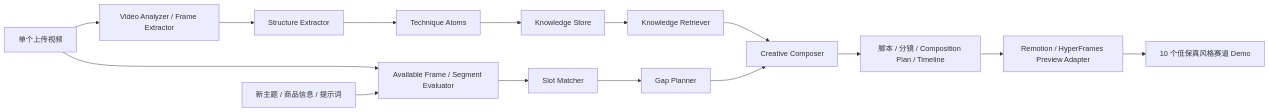
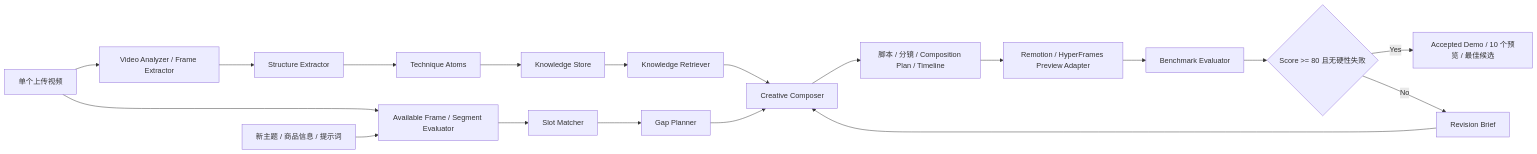
The diagram in docs/ARCHITECTURE.md (Explainfuture/byteProject), drawn with Mermaid before and after one commit. The commit also changed other lines of this file and 2 other files, not shown here.

Commit message:
Document viral quality benchmark

````diff
--- a/docs/ARCHITECTURE.md
+++ b/docs/ARCHITECTURE.md
@@ -5,17 +5,21 @@
 ```mermaid
 flowchart LR
   A[单个上传视频] --> B[Video Analyzer / Frame Extractor]
   B --> C[Structure Extractor]
   C --> D[Technique Atoms]
   D --> E[Knowledge Store]
   A --> G[Available Frame / Segment Evaluator]
   F[新主题 / 商品信息 / 提示词] --> G
   G --> H[Slot Matcher]
   E --> I[Knowledge Retriever]
   I --> J[Creative Composer]
   H --> K[Gap Planner]
   K --> J
   J --> L[脚本 / 分镜 / Composition Plan / Timeline]
   L --> M[Remotion / HyperFrames Preview Adapter]
-  M --> N[10 个低保真风格赛道 Demo]
+  M --> O[Benchmark Evaluator]
+  O --> P{Score >= 80 且无硬性失败}
+  P -->|Yes| N[Accepted Demo / 10 个预览 / 最佳候选]
+  P -->|No| Q[Revision Brief]
+  Q --> J
 ```
````
